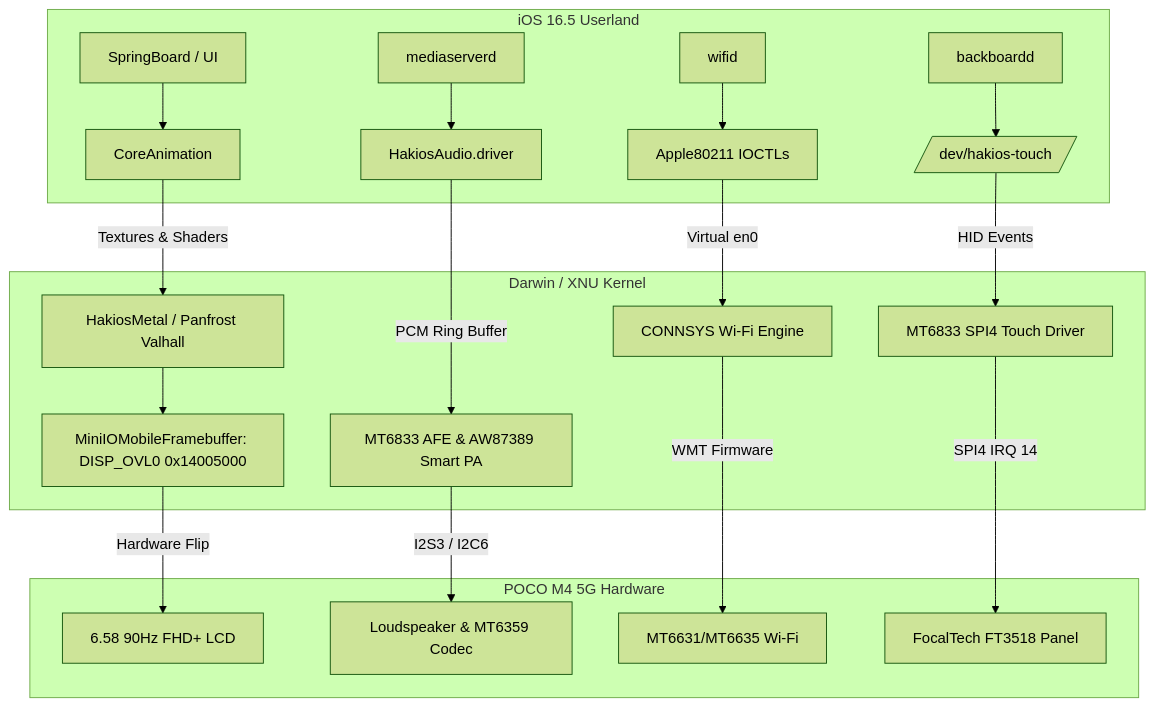
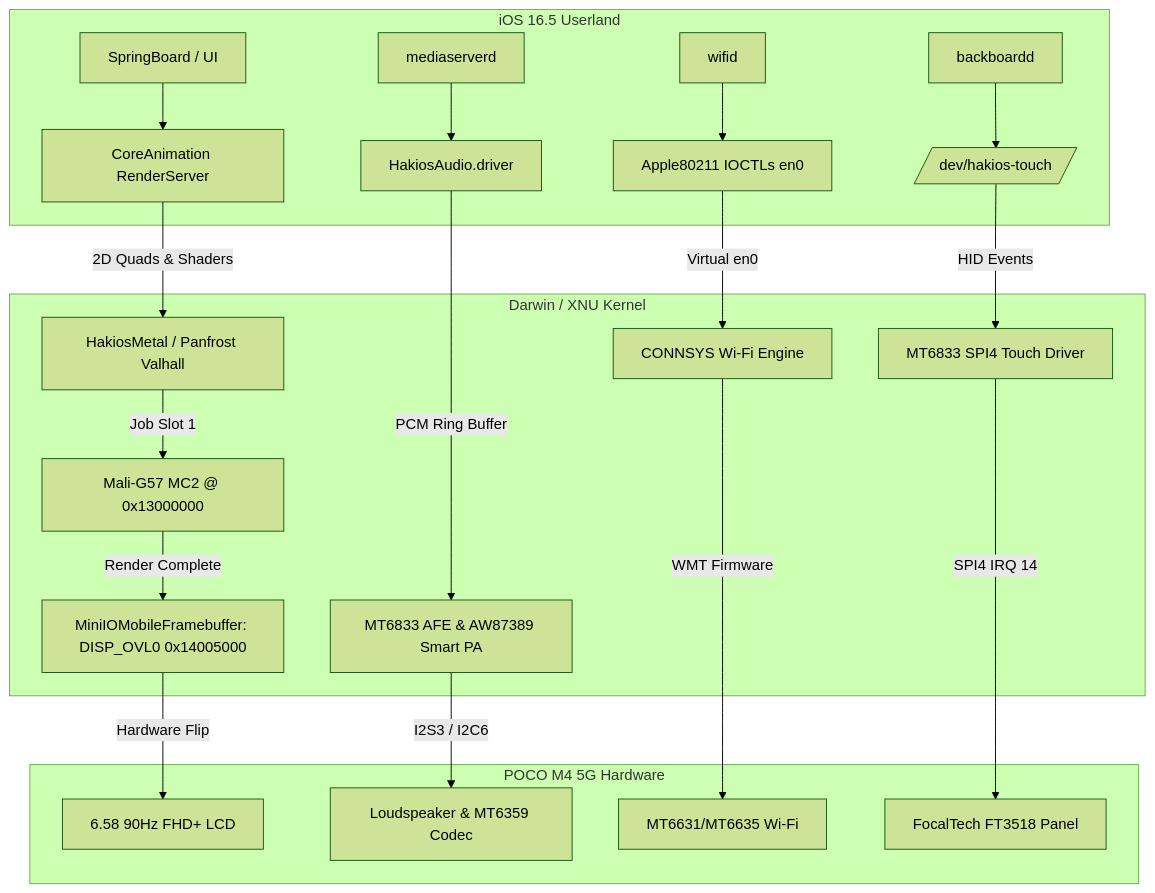
The diagram in README.md (oosexgang/hakios-xnu-kernel), drawn with Mermaid (forest theme) before and after one commit. The commit also changed other lines of this file, not shown here.

Commit message:
docs: expand README with Mali-G57 GPU UI engine, QEMU boot instructions, and upstream issue link

````diff
--- a/README.md
+++ b/README.md
@@ -26,24 +26,25 @@
 ```mermaid
 graph TD
     subgraph iOS 16.5 Userland
-        SB[SpringBoard / UI] --> CA[CoreAnimation]
+        SB[SpringBoard / UI] --> CA[CoreAnimation RenderServer]
         MS[mediaserverd] --> HAL[HakiosAudio.driver]
-        WD[wifid] --> A80211[Apple80211 IOCTLs]
+        WD[wifid] --> A80211[Apple80211 IOCTLs en0]
         BB[backboardd] --> TOUCH_DEV[/dev/hakios-touch/]
     end
 
     subgraph Darwin / XNU Kernel
-        CA -->|Textures & Shaders| METAL[HakiosMetal / Panfrost Valhall]
-        METAL --> FB[MiniIOMobileFramebuffer: DISP_OVL0 0x14005000]
+        CA -->|2D Quads & Shaders| METAL[HakiosMetal / Panfrost Valhall]
+        METAL -->|Job Slot 1| MALI_HW[Mali-G57 MC2 @ 0x13000000]
+        MALI_HW -->|Render Complete| FB[MiniIOMobileFramebuffer: DISP_OVL0 0x14005000]
         HAL -->|PCM Ring Buffer| AFE[MT6833 AFE & AW87389 Smart PA]
         A80211 -->|Virtual en0| WMT[CONNSYS Wi-Fi Engine]
         TOUCH_DEV -->|HID Events| TOUCH_DRV[MT6833 SPI4 Touch Driver]
     end
 
     subgraph POCO M4 5G Hardware
         FB -->|Hardware Flip| PANEL[6.58 90Hz FHD+ LCD]
         AFE -->|I2S3 / I2C6| SPK[Loudspeaker & MT6359 Codec]
         WMT -->|WMT Firmware| CONNSYS_HW[MT6631/MT6635 Wi-Fi]
         TOUCH_DRV -->|SPI4 IRQ 14| TIANMA[FocalTech FT3518 Panel]
     end
 ```
````
